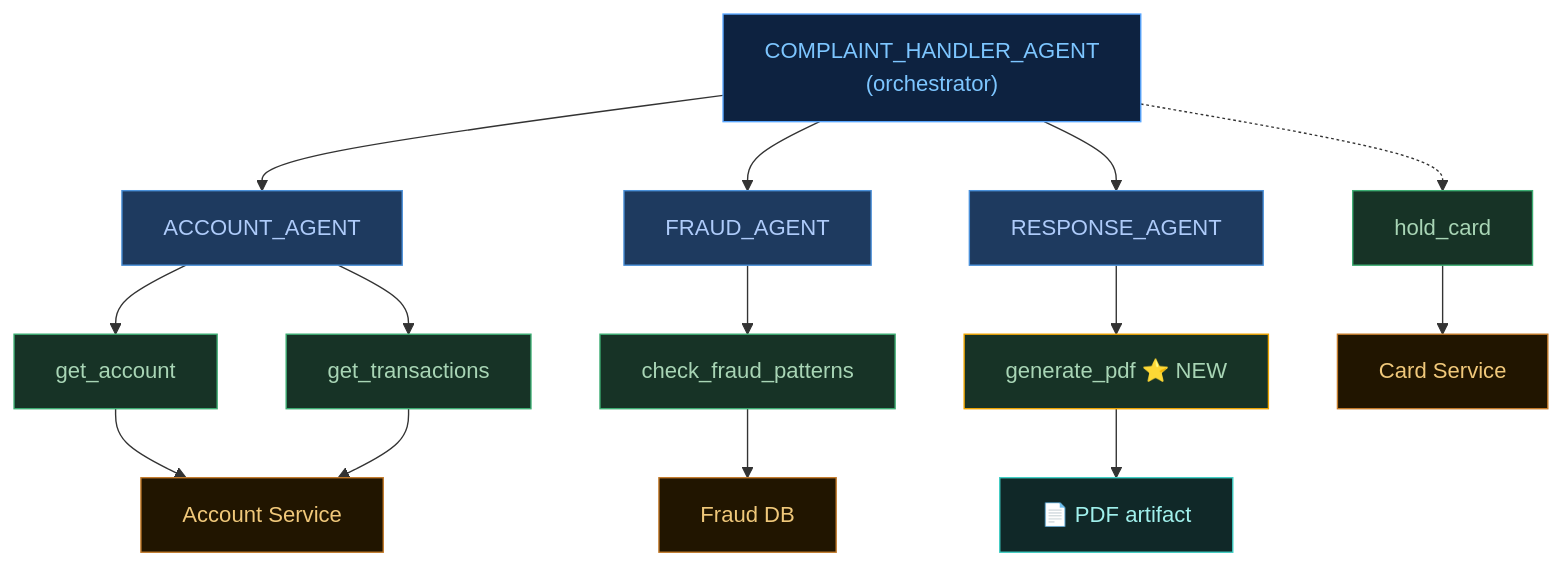
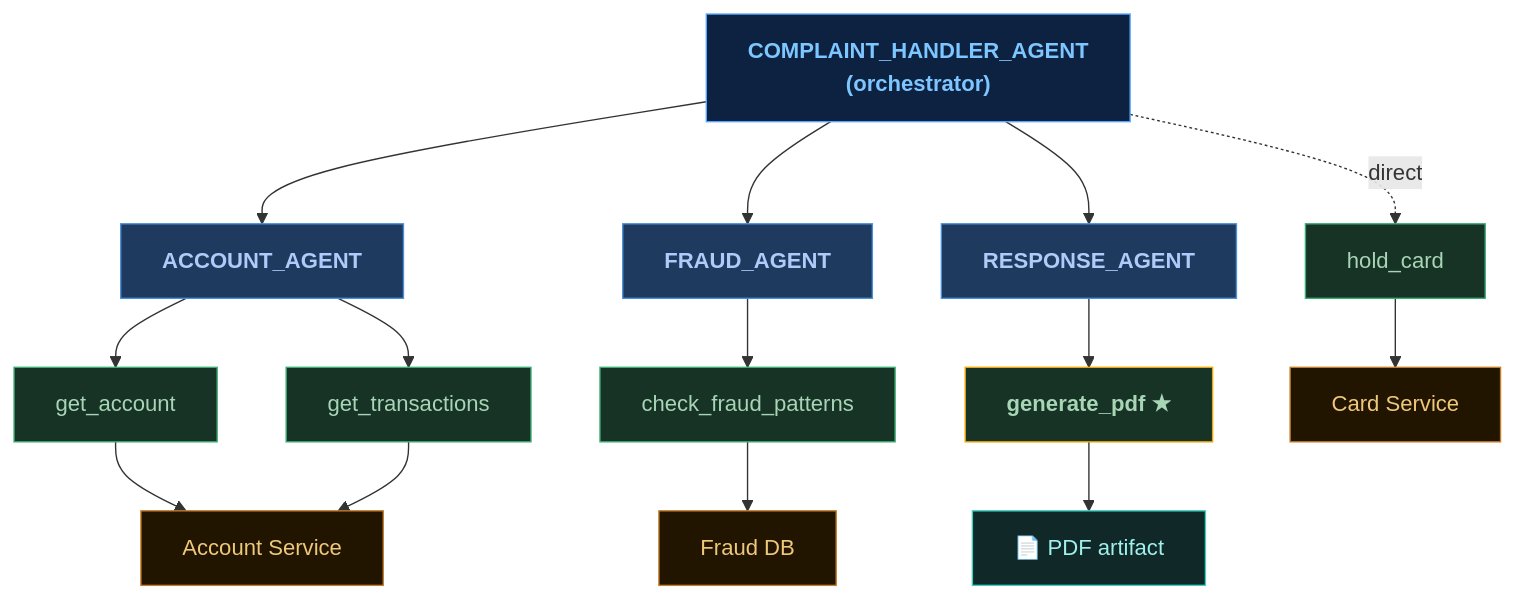
Before and after one commit to jaszczook/your-next-feature-might-need-an-agent: the second of 6 diagrams in slides/section4.md, drawn with Mermaid. The commit also changed other lines of this file and 7 other files, not shown here.

````diff
--- a/slides/section4.md
+++ b/slides/section4.md
@@ -60,23 +63,36 @@
 ```mermaid
 flowchart TD
-  classDef orch fill:#0d2240,stroke:#58a6ff,color:#7dc6ff
-  classDef agent fill:#1e3a5f,stroke:#4a90d9,color:#aecbfa
-  classDef tool fill:#173326,stroke:#3cad72,color:#a8d5b5
-  classDef newtool fill:#173326,stroke:#f0a500,color:#a8d5b5
-  classDef svc fill:#211500,stroke:#c47b2a,color:#f0c87a
-  classDef art fill:#102828,stroke:#3ecec4,color:#a0f0ec
+    ORCH["COMPLAINT_HANDLER_AGENT\n(orchestrator)"]:::orch
 
-  CHA["COMPLAINT_HANDLER_AGENT\n(orchestrator)"]:::orch
-  CHA --> AA["ACCOUNT_AGENT"]:::agent
-  CHA --> FA["FRAUD_AGENT"]:::agent
-  CHA --> RA["RESPONSE_AGENT"]:::agent
-  CHA -.-> hc["hold_card"]:::tool
-  AA --> ga["get_account"]:::tool
-  AA --> gt["get_transactions"]:::tool
-  FA --> cf["check_fraud_patterns"]:::tool
-  RA --> gp["generate_pdf ⭐ NEW"]:::newtool
-  ga & gt --> as["Account Service"]:::svc
-  cf --> fd["Fraud DB"]:::svc
-  gp --> pa["📄 PDF artifact"]:::art
-  hc --> cs["Card Service"]:::svc
+    AA["ACCOUNT_AGENT"]:::agent
+    FA["FRAUD_AGENT"]:::agent
+    RA["RESPONSE_AGENT"]:::agent
+    HC["hold_card"]:::tool
+
+    GA["get_account"]:::tool
+    GT["get_transactions"]:::tool
+    CFP["check_fraud_patterns"]:::tool
+    GPDF["generate_pdf ★"]:::toolnew
+
+    AS["Account Service"]:::svc
+    FDB["Fraud DB"]:::svc
+    PDF["📄 PDF artifact"]:::artifact
+    CS["Card Service"]:::svc
+
+    ORCH --> AA & FA & RA
+    ORCH -.->|direct| HC
+    AA --> GA & GT
+    FA --> CFP
+    RA --> GPDF
+    GA & GT --> AS
+    CFP --> FDB
+    GPDF --> PDF
+    HC --> CS
+
+    classDef orch fill:#0d2240,stroke:#58a6ff,color:#7dc6ff,font-weight:700
+    classDef agent fill:#1e3a5f,stroke:#4a90d9,color:#aecbfa,font-weight:600
+    classDef tool fill:#173326,stroke:#3cad72,color:#a8d5b5
+    classDef toolnew fill:#173326,stroke:#f0a500,color:#a8d5b5,font-weight:700
+    classDef svc fill:#211500,stroke:#c47b2a,color:#f0c87a
+    classDef artifact fill:#102828,stroke:#3ecec4,color:#a0f0ec
 ```
````
